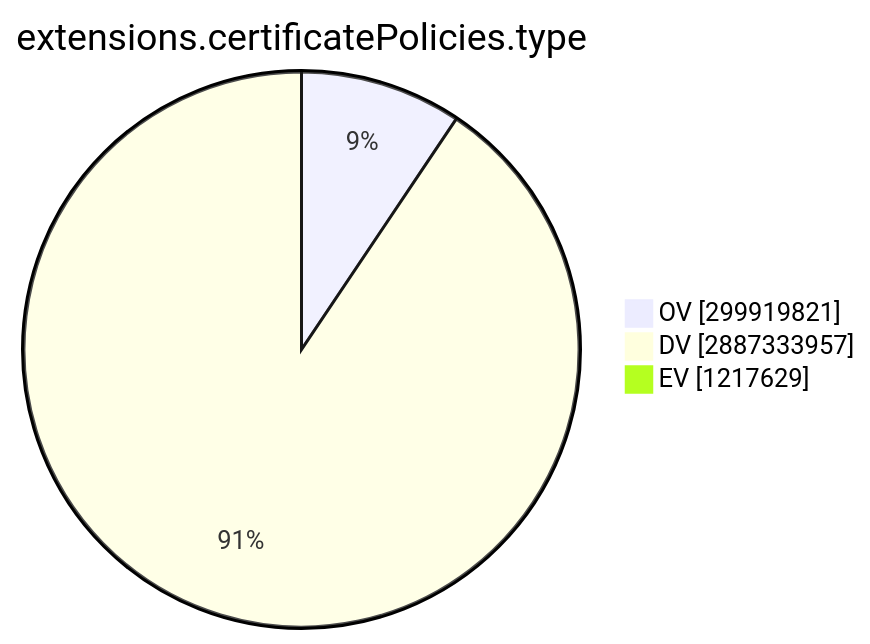
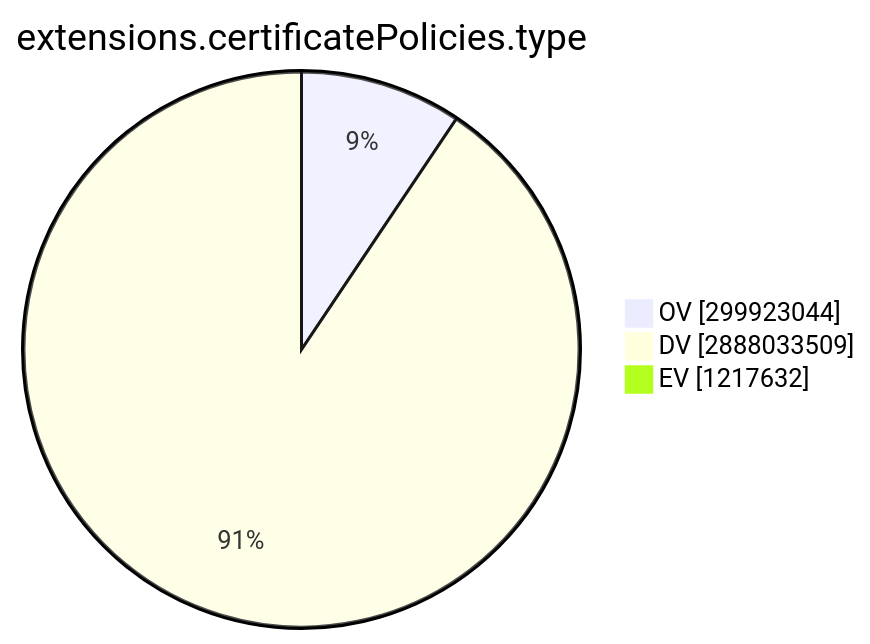
One commit to christiankrug/ctmonitor_visualization changed the ninth of 15 diagrams in TOTAL/README.md. Above: the diagram before and after it, drawn with Mermaid. The commit also changed other lines of this file, not shown here.

````diff
--- a/TOTAL/README.md
+++ b/TOTAL/README.md
@@ -3101,7 +3101,7 @@
 ```mermaid
 pie showData
 title extensions.certificatePolicies.type
-"OV" :299919821
-"DV" :2887333957
-"EV" :1217629
+"OV" :299923044
+"DV" :2888033509
+"EV" :1217632
 ```
````
